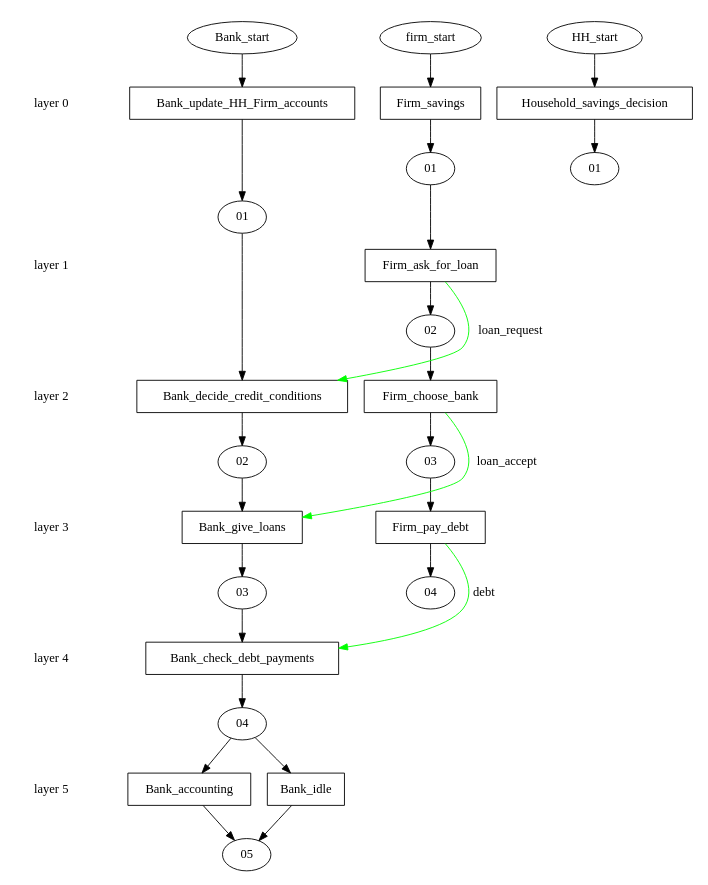
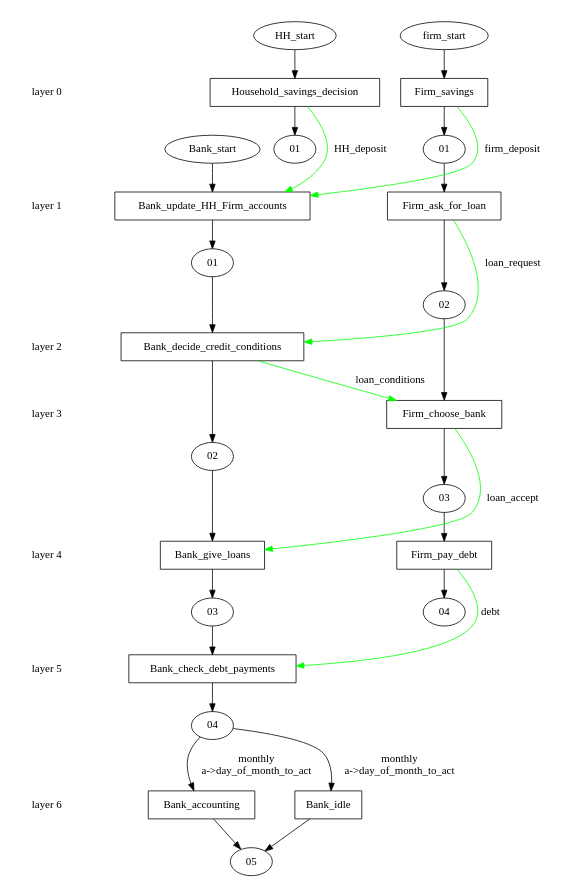
Before and after one commit to ETACE/EURACE: the diagram in models/ACM/acm_branches/initial/version2/stategraph.dot, drawn with Graphviz. The commit also changed 7 other files, not shown here.

```diff
--- a/models/ACM/acm_branches/initial/version2/stategraph.dot
+++ b/models/ACM/acm_branches/initial/version2/stategraph.dot
@@ -1,76 +1,82 @@
 digraph state_graph {
 	rankdir=TB;
 	size="8,5;"
 	layer_0 [shape=plaintext, label="layer 0"];
 	layer_1 [shape=plaintext, label="layer 1"];
 	layer_0 -> layer_1 [style=invis];
 	layer_2 [shape=plaintext, label="layer 2"];
 	layer_1 -> layer_2 [style=invis];
 	layer_3 [shape=plaintext, label="layer 3"];
 	layer_2 -> layer_3 [style=invis];
 	layer_4 [shape=plaintext, label="layer 4"];
 	layer_3 -> layer_4 [style=invis];
 	layer_5 [shape=plaintext, label="layer 5"];
 	layer_4 -> layer_5 [style=invis];
+	layer_6 [shape=plaintext, label="layer 6"];
+	layer_5 -> layer_6 [style=invis];
 	
 	/* States */
 	Firm_04 [label = "04"]
 	Firm_03 [label = "03"]
 	Firm_02 [label = "02"]
 	Firm_01 [label = "01"]
 	Firm_firm_start [label = "firm_start"]
 	Bank_05 [label = "05"]
 	Bank_04 [label = "04"]
 	Bank_03 [label = "03"]
 	Bank_02 [label = "02"]
 	Bank_01 [label = "01"]
 	Bank_Bank_start [label = "Bank_start"]
 	Household_01 [label = "01"]
 	Household_HH_start [label = "HH_start"]
 	Firm_Firm_savings_firm_start_01 [label = "Firm_savings", shape = rect]
 	Firm_Firm_ask_for_loan_01_02 [label = "Firm_ask_for_loan", shape = rect]
 	Firm_Firm_choose_bank_02_03 [label = "Firm_choose_bank", shape = rect]
 	Firm_Firm_pay_debt_03_04 [label = "Firm_pay_debt", shape = rect]
 	Bank_Bank_update_HH_Firm_accounts_Bank_start_01 [label = "Bank_update_HH_Firm_accounts", shape = rect]
 	Bank_Bank_decide_credit_conditions_01_02 [label = "Bank_decide_credit_conditions", shape = rect]
 	Bank_Bank_give_loans_02_03 [label = "Bank_give_loans", shape = rect]
 	Bank_Bank_check_debt_payments_03_04 [label = "Bank_check_debt_payments", shape = rect]
 	Bank_Bank_accounting_04_05 [label = "Bank_accounting", shape = rect]
 	Bank_Bank_idle_04_05 [label = "Bank_idle", shape = rect]
 	Household_Household_savings_decision_HH_start_01 [label = "Household_savings_decision", shape = rect]
 	
 	/* Transitions */
 	Firm_firm_start -> Firm_Firm_savings_firm_start_01;
 	Firm_Firm_savings_firm_start_01 -> Firm_01;
 	Firm_01 -> Firm_Firm_ask_for_loan_01_02;
 	Firm_Firm_ask_for_loan_01_02 -> Firm_02;
 	Firm_02 -> Firm_Firm_choose_bank_02_03;
 	Firm_Firm_choose_bank_02_03 -> Firm_03;
 	Firm_03 -> Firm_Firm_pay_debt_03_04;
 	Firm_Firm_pay_debt_03_04 -> Firm_04;
 	Bank_Bank_start -> Bank_Bank_update_HH_Firm_accounts_Bank_start_01;
 	Bank_Bank_update_HH_Firm_accounts_Bank_start_01 -> Bank_01;
 	Bank_01 -> Bank_Bank_decide_credit_conditions_01_02;
 	Bank_Bank_decide_credit_conditions_01_02 -> Bank_02;
 	Bank_02 -> Bank_Bank_give_loans_02_03;
 	Bank_Bank_give_loans_02_03 -> Bank_03;
 	Bank_03 -> Bank_Bank_check_debt_payments_03_04;
 	Bank_Bank_check_debt_payments_03_04 -> Bank_04;
-	Bank_04 -> Bank_Bank_accounting_04_05;
+	Bank_04 -> Bank_Bank_accounting_04_05 [ label = "monthly\na->day_of_month_to_act"];
 	Bank_Bank_accounting_04_05 -> Bank_05;
-	Bank_04 -> Bank_Bank_idle_04_05;
+	Bank_04 -> Bank_Bank_idle_04_05 [ label = "monthly\na->day_of_month_to_act"];
 	Bank_Bank_idle_04_05 -> Bank_05;
 	Household_HH_start -> Household_Household_savings_decision_HH_start_01;
 	Household_Household_savings_decision_HH_start_01 -> Household_01;
 	
 	/* Communications */
 	Firm_Firm_pay_debt_03_04 -> Bank_Bank_check_debt_payments_03_04 [ label = "debt" color="#00ff00" constraint=false];
 	Firm_Firm_choose_bank_02_03 -> Bank_Bank_give_loans_02_03 [ label = "loan_accept" color="#00ff00" constraint=false];
 	Firm_Firm_ask_for_loan_01_02 -> Bank_Bank_decide_credit_conditions_01_02 [ label = "loan_request" color="#00ff00" constraint=false];
-	{ rank=same; layer_0;  Firm_Firm_savings_firm_start_01;  Bank_Bank_update_HH_Firm_accounts_Bank_start_01;  Household_Household_savings_decision_HH_start_01; }
-	{ rank=same; layer_1;  Firm_Firm_ask_for_loan_01_02; }
-	{ rank=same; layer_2;  Firm_Firm_choose_bank_02_03;  Bank_Bank_decide_credit_conditions_01_02; }
-	{ rank=same; layer_3;  Firm_Firm_pay_debt_03_04;  Bank_Bank_give_loans_02_03; }
-	{ rank=same; layer_4;  Bank_Bank_check_debt_payments_03_04; }
-	{ rank=same; layer_5;  Bank_Bank_accounting_04_05;  Bank_Bank_idle_04_05; }
+	Household_Household_savings_decision_HH_start_01 -> Bank_Bank_update_HH_Firm_accounts_Bank_start_01 [ label = "HH_deposit" color="#00ff00" constraint=false];
+	Firm_Firm_savings_firm_start_01 -> Bank_Bank_update_HH_Firm_accounts_Bank_start_01 [ label = "firm_deposit" color="#00ff00" constraint=false];
+	Bank_Bank_decide_credit_conditions_01_02 -> Firm_Firm_choose_bank_02_03 [ label = "loan_conditions" color="#00ff00" constraint=false];
+	{ rank=same; layer_0;  Firm_Firm_savings_firm_start_01;  Household_Household_savings_decision_HH_start_01; }
+	{ rank=same; layer_1;  Firm_Firm_ask_for_loan_01_02;  Bank_Bank_update_HH_Firm_accounts_Bank_start_01; }
+	{ rank=same; layer_2;  Bank_Bank_decide_credit_conditions_01_02; }
+	{ rank=same; layer_3;  Firm_Firm_choose_bank_02_03; }
+	{ rank=same; layer_4;  Firm_Firm_pay_debt_03_04;  Bank_Bank_give_loans_02_03; }
+	{ rank=same; layer_5;  Bank_Bank_check_debt_payments_03_04; }
+	{ rank=same; layer_6;  Bank_Bank_accounting_04_05;  Bank_Bank_idle_04_05; }
 }
```
